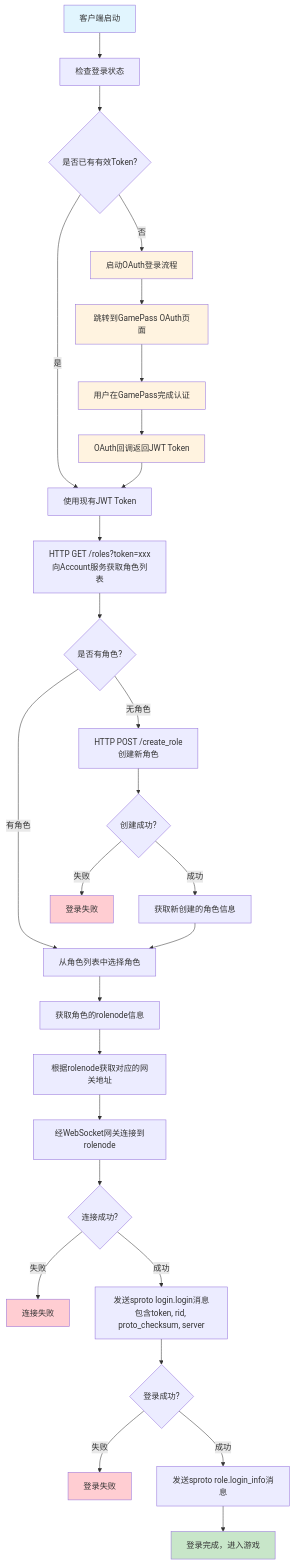
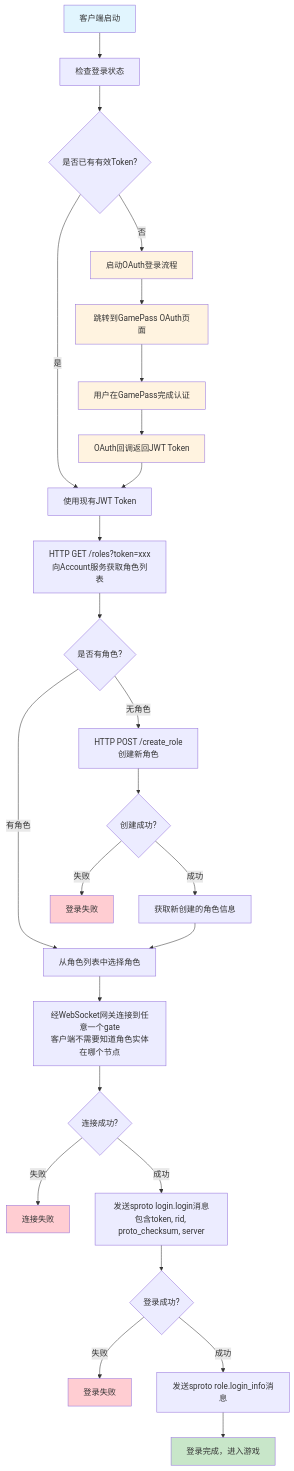
Before and after one commit to hanxi/skyext: the first of 6 diagrams in docs/guide/login_diagram.md, drawn with Mermaid. The commit also changed other lines of this file and 8 other files, not shown here.

````diff
--- a/docs/guide/login_diagram.md
+++ b/docs/guide/login_diagram.md
@@ -14,49 +14,47 @@
 ```mermaid
 flowchart TD
     A[客户端启动] --> B[检查登录状态]
     B --> C{是否已有有效Token?}
 
     C -->|否| D[启动OAuth登录流程]
     C -->|是| H[使用现有JWT Token]
 
     D --> E[跳转到GamePass OAuth页面]
     E --> F[用户在GamePass完成认证]
     F --> G[OAuth回调返回JWT Token]
     G --> H
 
     H --> I[HTTP GET /roles?token=xxx<br/>向Account服务获取角色列表]
 
     I --> J{是否有角色?}
 
     J -->|有角色| K[从角色列表中选择角色]
     J -->|无角色| L[HTTP POST /create_role<br/>创建新角色]
 
     L --> M{创建成功?}
     M -->|成功| N[获取新创建的角色信息]
     M -->|失败| O[登录失败]
 
     N --> K
-    K --> P[获取角色的rolenode信息]
-    P --> Q[根据rolenode获取对应的网关地址]
-    Q --> R[经WebSocket网关连接到rolenode]
+    K --> P[经WebSocket网关连接到任意一个gate<br/>客户端不需要知道角色实体在哪个节点]
 
-    R --> S{连接成功?}
+    P --> S{连接成功?}
     S -->|失败| T[连接失败]
     S -->|成功| U[发送sproto login.login消息<br/>包含token, rid, proto_checksum, server]
 
     U --> V{登录成功?}
     V -->|失败| W[登录失败]
     V -->|成功| X[发送sproto role.login_info消息]
 
     X --> Y[登录完成，进入游戏]
 
     style A fill:#e1f5fe
     style Y fill:#c8e6c9
     style O fill:#ffcdd2
     style T fill:#ffcdd2
     style W fill:#ffcdd2
     style D fill:#fff3e0
     style E fill:#fff3e0
     style F fill:#fff3e0
     style G fill:#fff3e0
 ```
````
